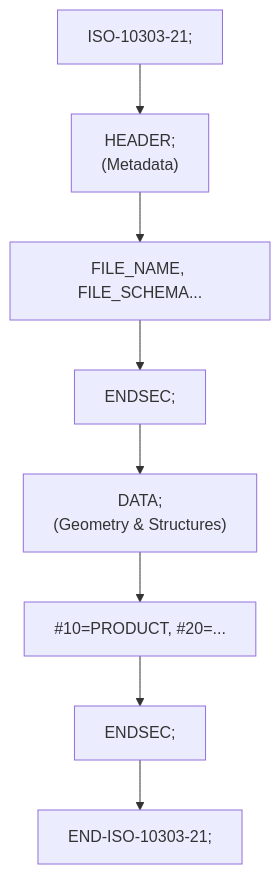
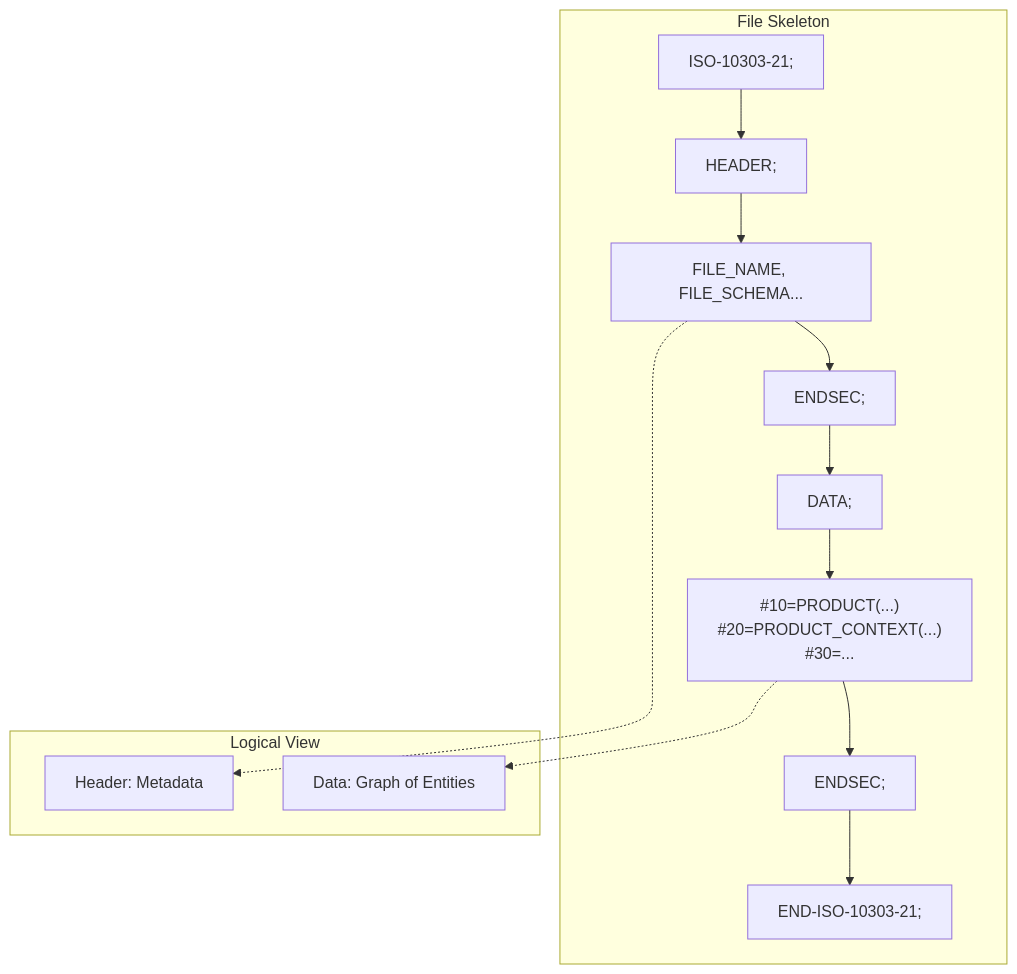
Before and after one commit to takuto-NA/step-standards-explained: the first of 3 diagrams in format/step-file-basics.md, drawn with Mermaid. The commit also changed other lines of this file and 5 other files, not shown here.

Commit message:
docs: Enhance STEP documentation with new sections on B-rep vs. Mesh, file structure, and topology separation, including visual diagrams to clarify concepts and improve understanding for implementers.

````diff
--- a/format/step-file-basics.md
+++ b/format/step-file-basics.md
@@ -8,10 +9,29 @@
 ```mermaid
 graph TD
-    ISO["ISO-10303-21;"] --> HEADER["HEADER;<br/>(Metadata)"]
-    HEADER --> H_SEC["FILE_NAME, FILE_SCHEMA..."]
-    H_SEC --> H_END["ENDSEC;"]
-    H_END --> DATA["DATA;<br/>(Geometry & Structures)"]
-    DATA --> D_SEC["#10=PRODUCT, #20=..."]
-    D_SEC --> D_END["ENDSEC;"]
-    D_END --> ISO_END["END-ISO-10303-21;"]
+    subgraph File_Skeleton [File Skeleton]
+        ISO["ISO-10303-21;"]
+        HEADER_START["HEADER;"]
+        HEADER_DATA["FILE_NAME, FILE_SCHEMA..."]
+        HEADER_END["ENDSEC;"]
+        DATA_START["DATA;"]
+        DATA_ENTITIES["#10=PRODUCT(...)<br/>#20=PRODUCT_CONTEXT(...)<br/>#30=..."]
+        DATA_END["ENDSEC;"]
+        ISO_END["END-ISO-10303-21;"]
+    end
+
+    ISO --> HEADER_START
+    HEADER_START --> HEADER_DATA
+    HEADER_DATA --> HEADER_END
+    HEADER_END --> DATA_START
+    DATA_START --> DATA_ENTITIES
+    DATA_ENTITIES --> DATA_END
+    DATA_END --> ISO_END
+
+    subgraph Logical_View [Logical View]
+        H[Header: Metadata]
+        D[Data: Graph of Entities]
+    end
+    
+    HEADER_DATA -.-> H
+    DATA_ENTITIES -.-> D
 ```
````
